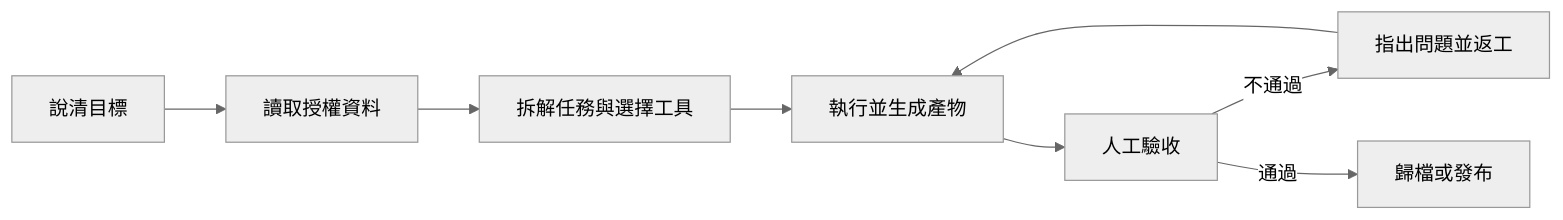
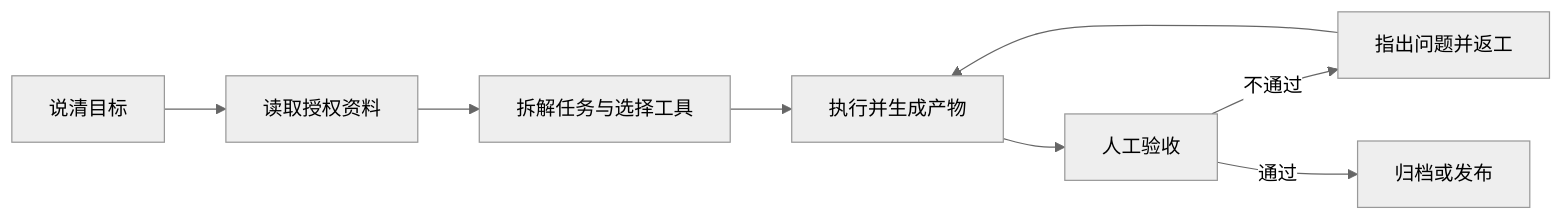
Before and after one commit to the-beating-light-of-the-nail/ai-tools-guide-site: the diagram in docs/zh-tw/workbuddy/01-intro/index.md, drawn with Mermaid (neutral theme). The commit also changed other lines of this file and 136 other files, not shown here.

````diff
--- a/docs/zh-tw/workbuddy/01-intro/index.md
+++ b/docs/zh-tw/workbuddy/01-intro/index.md
@@ -19,10 +26,10 @@
 ```mermaid
 flowchart LR
-    A[說清目標] --> B[讀取授權資料]
-    B --> C[拆解任務與選擇工具]
-    C --> D[執行並生成產物]
-    D --> E[人工驗收]
-    E -->|不通過| F[指出問題並返工]
+    A[说清目标] --> B[读取授权资料]
+    B --> C[拆解任务与选择工具]
+    C --> D[执行并生成产物]
+    D --> E[人工验收]
+    E -->|不通过| F[指出问题并返工]
     F --> D
-    E -->|通過| G[歸檔或發布]
+    E -->|通过| G[归档或发布]
 ```
````
